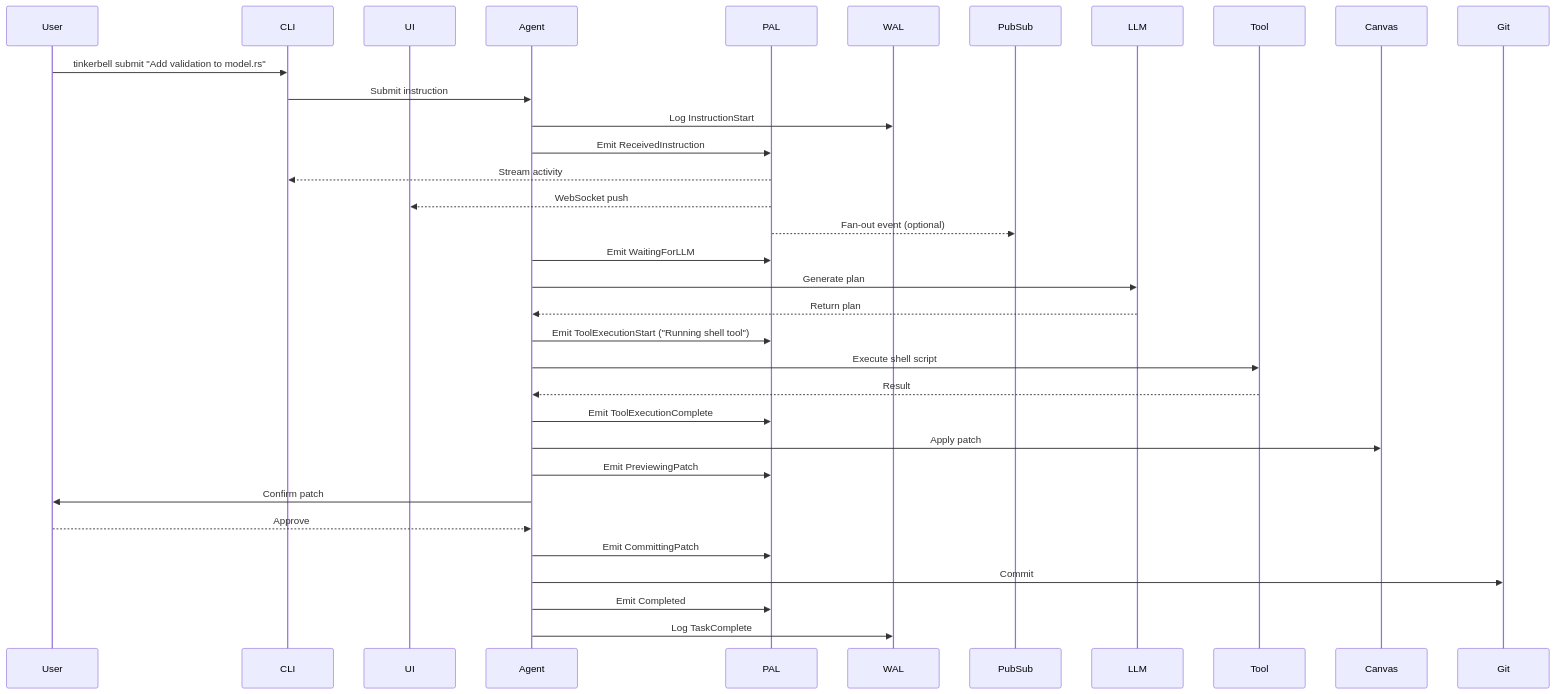
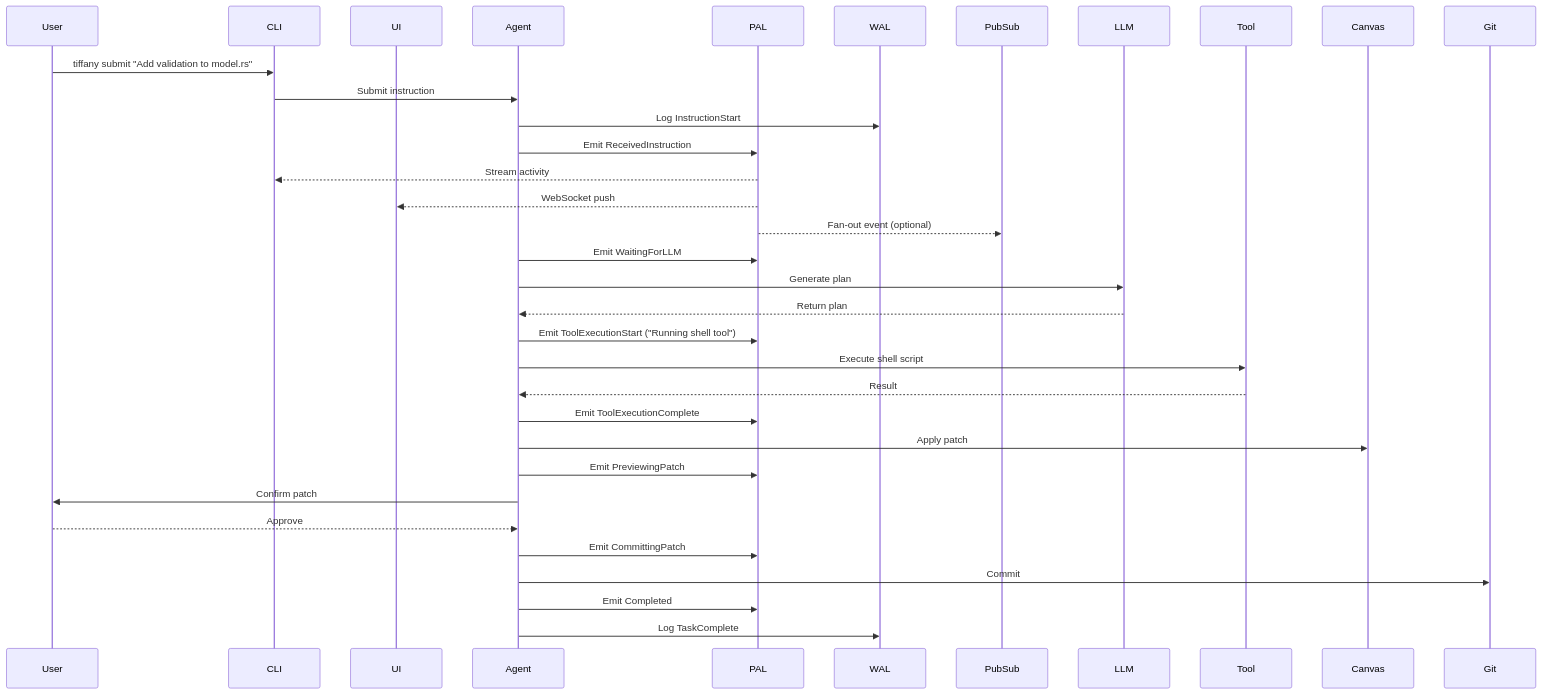
Before and after one commit to microscaler/tinkerbell: the diagram in docs/mdbook/src/adr/0007-Process_Activity_log.md, drawn with Mermaid. The commit also changed other lines of this file and 95 other files, not shown here.

First line of the commit message:
Rename Tinkerbell to Tiffany (#49)

````diff
--- a/docs/mdbook/src/adr/0007-Process_Activity_log.md
+++ b/docs/mdbook/src/adr/0007-Process_Activity_log.md
@@ -64,34 +64,34 @@
 ```mermaid
 sequenceDiagram
     participant User
     participant CLI
     participant UI
     participant Agent
     participant PAL
     participant WAL
     participant PubSub
 
-    User->>CLI: tinkerbell submit "Add validation to model.rs"
+    User->>CLI: tiffany submit "Add validation to model.rs"
     CLI->>Agent: Submit instruction
     Agent->>WAL: Log InstructionStart
     Agent->>PAL: Emit ReceivedInstruction
     PAL-->>CLI: Stream activity
     PAL-->>UI: WebSocket push
     PAL-->>PubSub: Fan-out event (optional)
 
     Agent->>PAL: Emit WaitingForLLM
     Agent->>LLM: Generate plan
     LLM-->>Agent: Return plan
     Agent->>PAL: Emit ToolExecutionStart ("Running shell tool")
     Agent->>Tool: Execute shell script
     Tool-->>Agent: Result
     Agent->>PAL: Emit ToolExecutionComplete
     Agent->>Canvas: Apply patch
     Agent->>PAL: Emit PreviewingPatch
     Agent->>User: Confirm patch
     User-->>Agent: Approve
     Agent->>PAL: Emit CommittingPatch
     Agent->>Git: Commit
     Agent->>PAL: Emit Completed
     Agent->>WAL: Log TaskComplete
 ```
````
